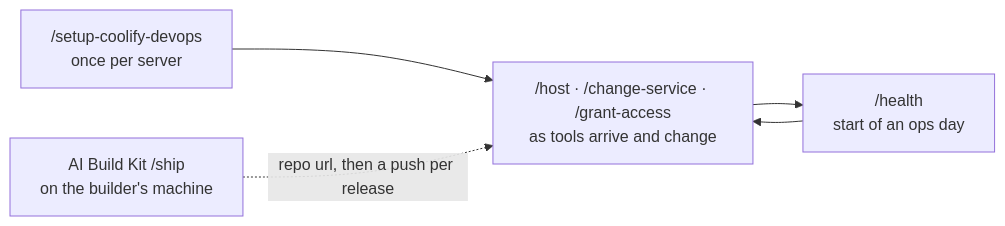
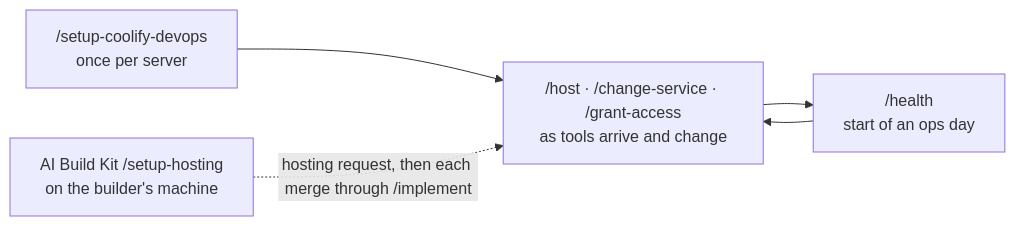
Before and after one commit to KasperHonore/coolify-devops: the diagram in README.md, drawn with Mermaid. The commit also changed other lines of this file and 14 other files, not shown here.

````diff
--- a/README.md
+++ b/README.md
@@ -119,7 +122,7 @@
 ```mermaid
 flowchart LR
   S["/setup-coolify-devops<br/>once per server"] --> H["/host · /change-service · /grant-access<br/>as tools arrive and change"]
   H --> C["/health<br/>start of an ops day"]
   C --> H
-  B["AI Build Kit /ship<br/>on the builder's machine"] -. "repo url, then a push per release" .-> H
+  B["AI Build Kit /setup-hosting<br/>on the builder's machine"] -. "hosting request, then each merge through /implement" .-> H
 ```
````
